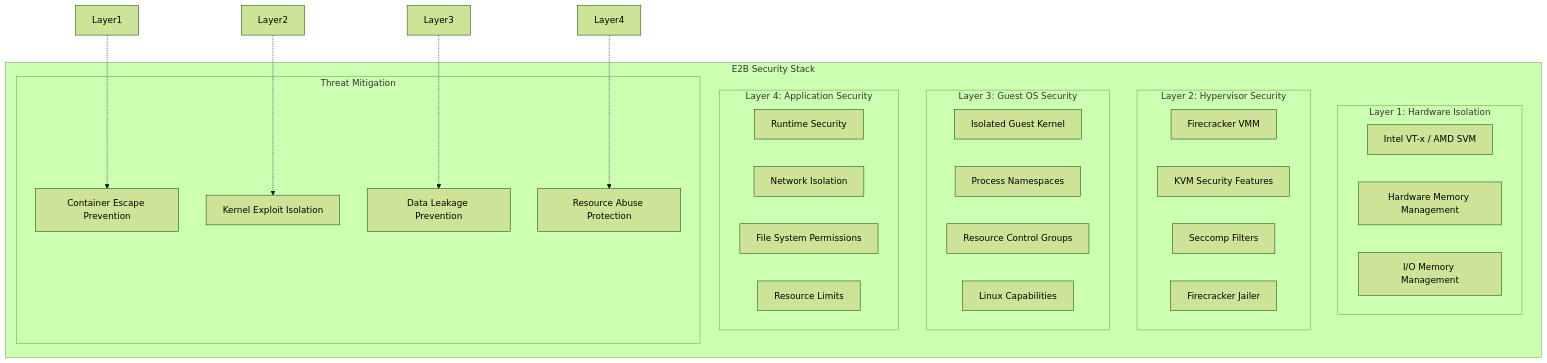
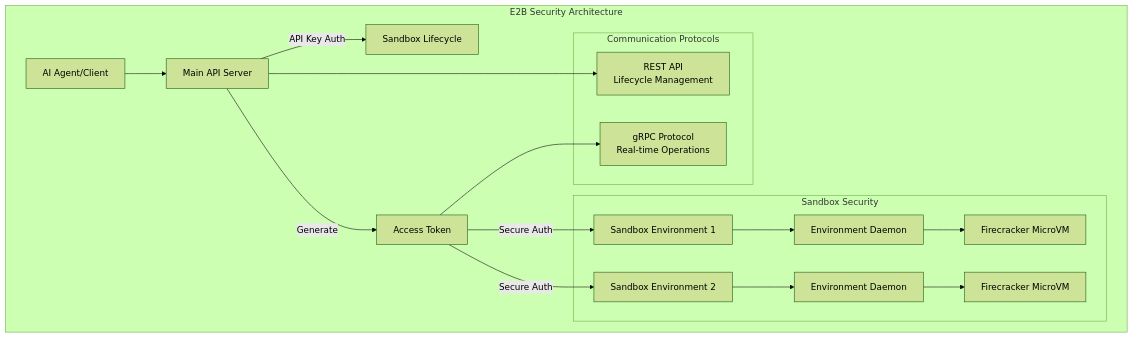
The sixth of 8 diagrams in breakdown/e2b.md (dwarvesf/research), drawn with Mermaid (forest theme) before and after one commit. The commit also changed other lines of this file and 2 other files, not shown here.

````diff
--- a/breakdown/e2b.md
+++ b/breakdown/e2b.md
@@ -656,43 +436,26 @@
 ```mermaid
 graph TB
-    subgraph "E2B Security Stack"
-        subgraph "Layer 1: Hardware Isolation"
-            Intel[Intel VT-x / AMD SVM]
-            MMU[Hardware Memory Management]
-            IOMMU[I/O Memory Management]
+    subgraph "E2B Security Architecture"
+        Client[AI Agent/Client] --> API[Main API Server]
+        API --> |API Key Auth| Lifecycle[Sandbox Lifecycle]
+        API --> |Generate| Token[Access Token]
+
+        Token --> |Secure Auth| Sandbox1[Sandbox Environment 1]
+        Token --> |Secure Auth| Sandbox2[Sandbox Environment 2]
+
+        subgraph "Sandbox Security"
+            Sandbox1 --> EnvD1[Environment Daemon]
+            Sandbox2 --> EnvD2[Environment Daemon]
+            EnvD1 --> MicroVM1[Firecracker MicroVM]
+            EnvD2 --> MicroVM2[Firecracker MicroVM]
         end
 
-        subgraph "Layer 2: Hypervisor Security"
-            Firecracker[Firecracker VMM]
-            KVMSec[KVM Security Features]
-            Seccomp[Seccomp Filters]
-            Jailer[Firecracker Jailer]
+        subgraph "Communication Protocols"
+            REST[REST API<br/>Lifecycle Management]
+            GRPC[gRPC Protocol<br/>Real-time Operations]
         end
 
-        subgraph "Layer 3: Guest OS Security"
-            GuestKernel[Isolated Guest Kernel]
-            Namespaces[Process Namespaces]
-            Cgroups[Resource Control Groups]
-            Capabilities[Linux Capabilities]
-        end
-
-        subgraph "Layer 4: Application Security"
-            RuntimeSec[Runtime Security]
-            NetworkIso[Network Isolation]
-            FilePermissions[File System Permissions]
-            ResourceLimits[Resource Limits]
-        end
-
-        subgraph "Threat Mitigation"
-            ContainerEscape[Container Escape Prevention]
-            KernelExploits[Kernel Exploit Isolation]
-            DataLeakage[Data Leakage Prevention]
-            ResourceAbuse[Resource Abuse Protection]
-        end
+        API --> REST
+        Token --> GRPC
     end
-
-    Layer1 -.-> ContainerEscape
-    Layer2 -.-> KernelExploits
-    Layer3 -.-> DataLeakage
-    Layer4 -.-> ResourceAbuse
 ```
````
